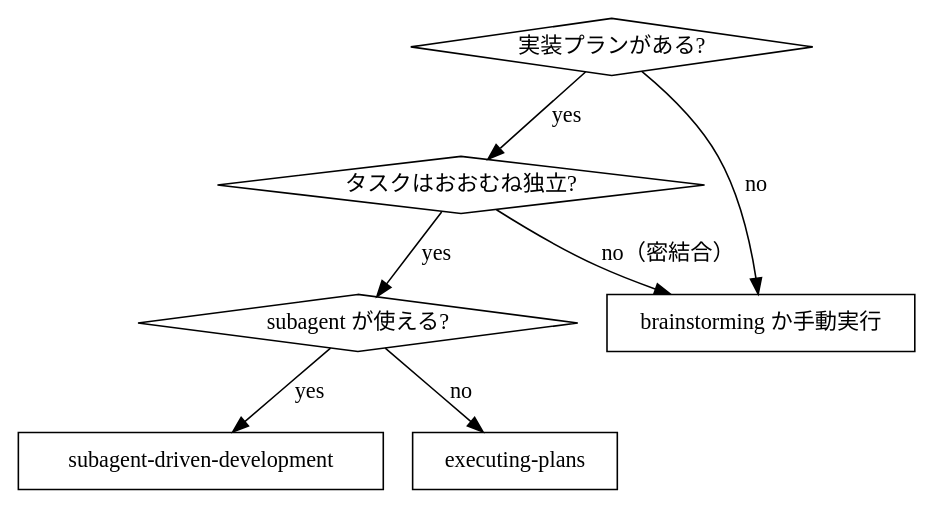
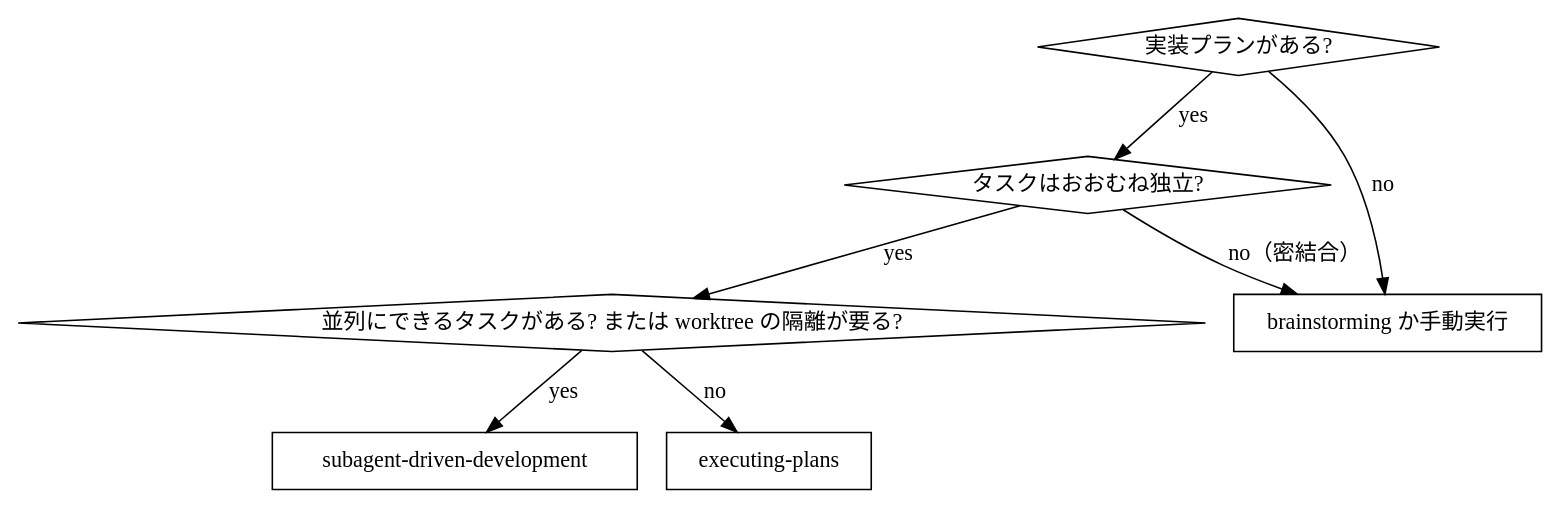
One commit to cellfusion/dotfiles changed the diagram in .chezmoitemplates/agent-skills/subagent-driven-development/SKILL.md. Above: the diagram before and after it, drawn with Graphviz. The commit also changed other lines of this file and 12 other files, not shown here.

````diff
--- a/.chezmoitemplates/agent-skills/subagent-driven-development/SKILL.md
+++ b/.chezmoitemplates/agent-skills/subagent-driven-development/SKILL.md
@@ -24,17 +24,17 @@
 ```dot
 digraph when_to_use {
     "実装プランがある?" [shape=diamond];
     "タスクはおおむね独立?" [shape=diamond];
-    "subagent が使える?" [shape=diamond];
+    "並列にできるタスクがある? または worktree の隔離が要る?" [shape=diamond];
     "subagent-driven-development" [shape=box];
     "executing-plans" [shape=box];
     "brainstorming か手動実行" [shape=box];
 
     "実装プランがある?" -> "タスクはおおむね独立?" [label="yes"];
     "実装プランがある?" -> "brainstorming か手動実行" [label="no"];
-    "タスクはおおむね独立?" -> "subagent が使える?" [label="yes"];
+    "タスクはおおむね独立?" -> "並列にできるタスクがある? または worktree の隔離が要る?" [label="yes"];
     "タスクはおおむね独立?" -> "brainstorming か手動実行" [label="no（密結合）"];
-    "subagent が使える?" -> "subagent-driven-development" [label="yes"];
-    "subagent が使える?" -> "executing-plans" [label="no"];
+    "並列にできるタスクがある? または worktree の隔離が要る?" -> "subagent-driven-development" [label="yes"];
+    "並列にできるタスクがある? または worktree の隔離が要る?" -> "executing-plans" [label="no"];
 }
 ```
````
